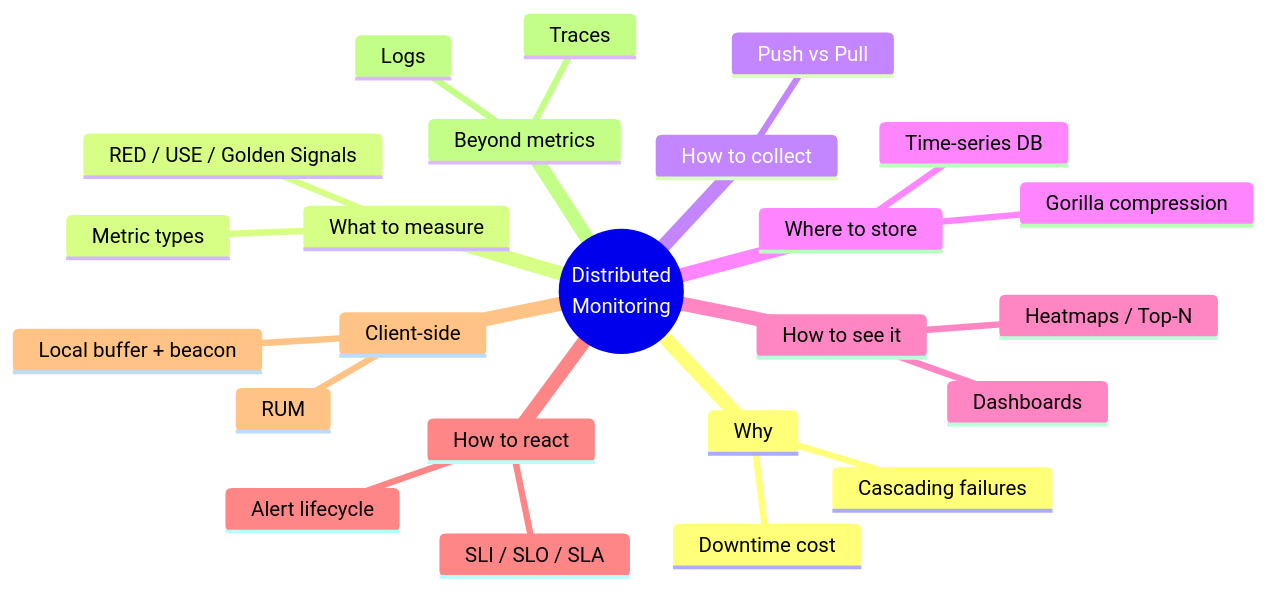
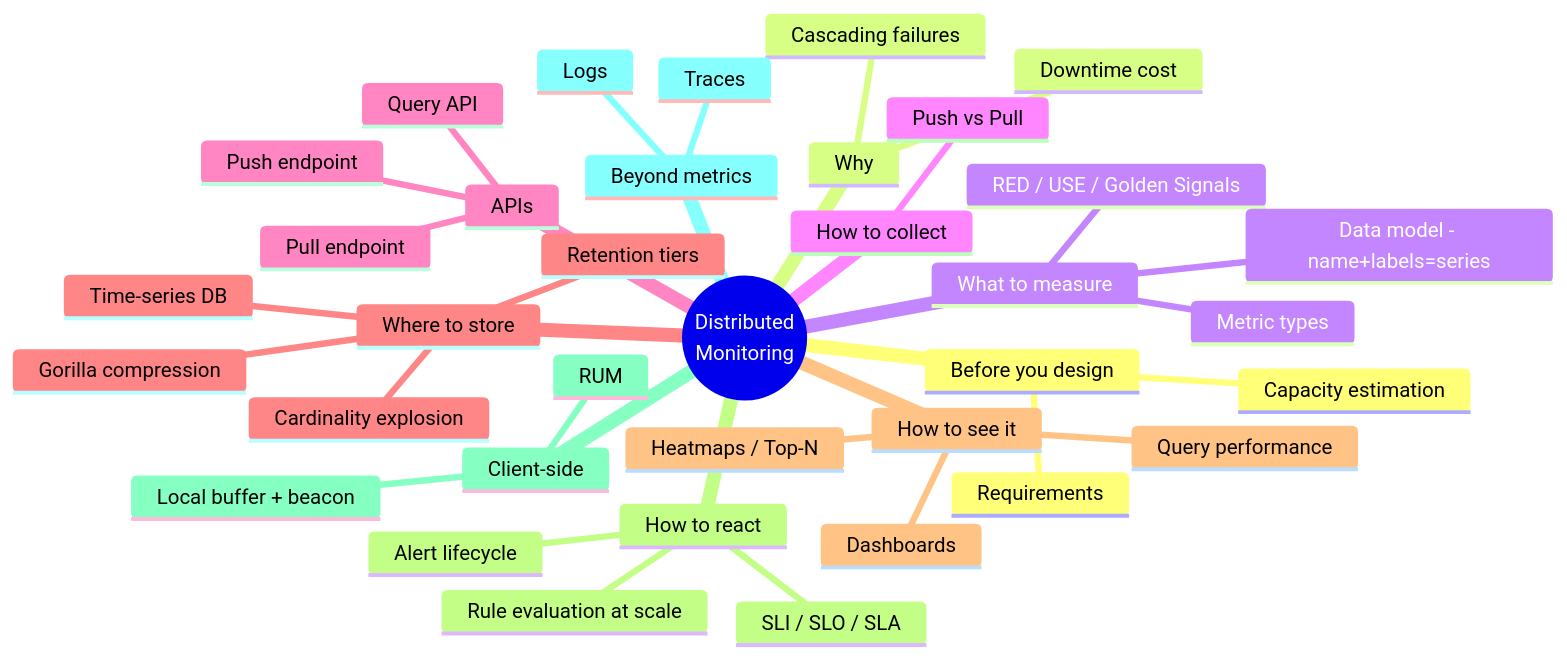
The first of 17 diagrams in system-design/HLD/0-course/13-Distributed-Monitoring-FAANG-Guide.md (riyaz-pasha/Learnings), drawn with Mermaid before and after one commit. The commit also changed other lines of this file and 50 other files, not shown here.

````diff
--- a/system-design/HLD/0-course/13-Distributed-Monitoring-FAANG-Guide.md
+++ b/system-design/HLD/0-course/13-Distributed-Monitoring-FAANG-Guide.md
@@ -5,27 +21,39 @@
 ```mermaid
 mindmap
   root((Distributed<br/>Monitoring))
+    Before you design
+      Requirements
+      Capacity estimation
     Why
       Cascading failures
       Downtime cost
     What to measure
       Metric types
       RED / USE / Golden Signals
+      Data model - name+labels=series
     How to collect
       Push vs Pull
+    APIs
+      Push endpoint
+      Pull endpoint
+      Query API
     Where to store
       Time-series DB
       Gorilla compression
+      Cardinality explosion
+      Retention tiers
     How to see it
       Dashboards
       Heatmaps / Top-N
+      Query performance
     How to react
       Alert lifecycle
+      Rule evaluation at scale
       SLI / SLO / SLA
     Client-side
       RUM
       Local buffer + beacon
     Beyond metrics
       Logs
       Traces
 ```
````
